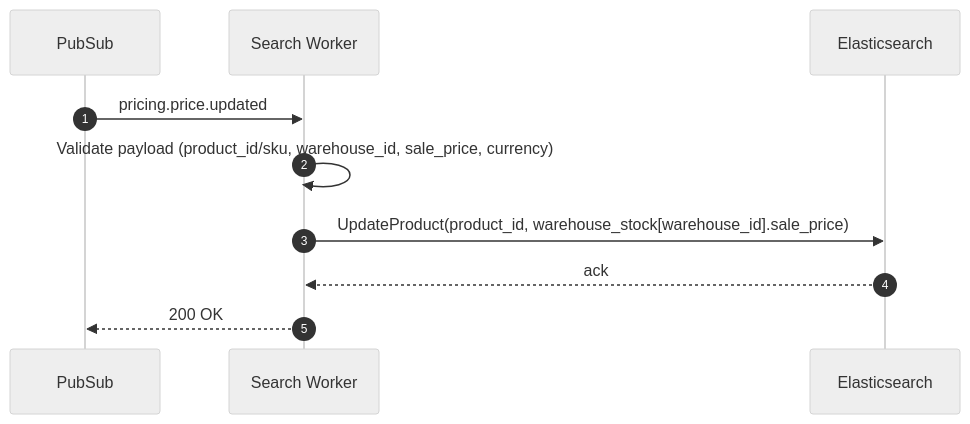
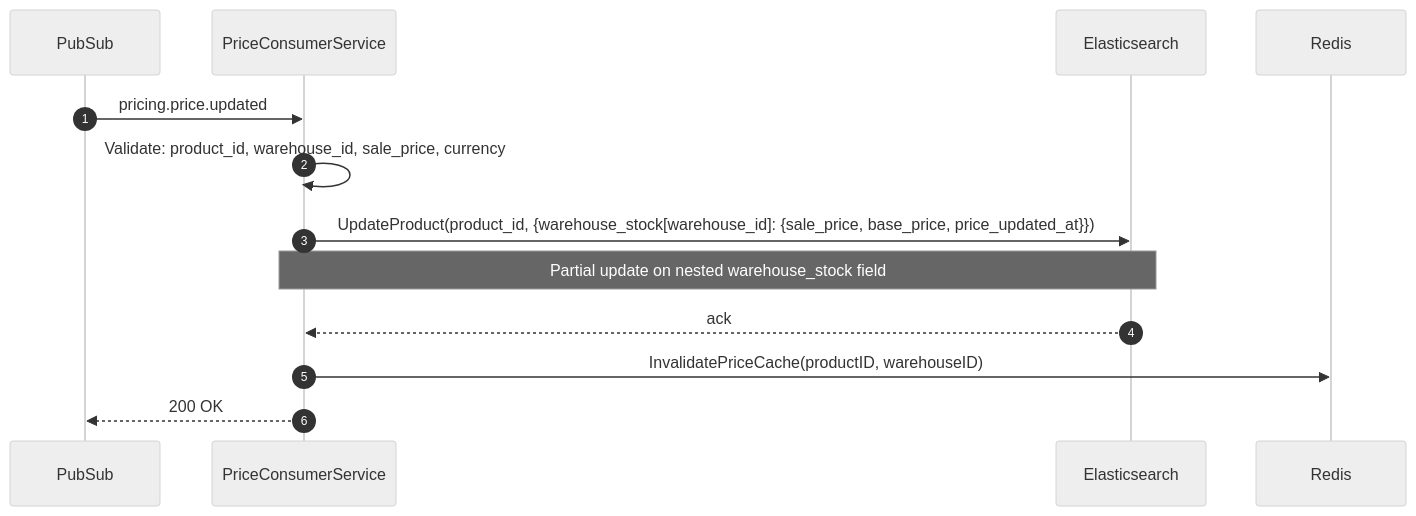
The sixth of 12 diagrams in 02-business-domains/content/search-discovery.md (vesviet/Composable-Commerce-Service-Architecture), drawn with Mermaid (neutral theme) before and after one commit. The commit also changed other lines of this file and 9 other files, not shown here.

````diff
--- a/02-business-domains/content/search-discovery.md
+++ b/02-business-domains/content/search-discovery.md
@@ -613,13 +263,16 @@
 ```mermaid
 sequenceDiagram
-  autonumber
-  participant PUB as PubSub
-  participant W as Search Worker
-  participant ES as Elasticsearch
+    autonumber
+    participant PUB as PubSub
+    participant W as PriceConsumerService
+    participant ES as Elasticsearch
+    participant R as Redis
 
-  PUB->>W: pricing.price.updated
-  W->>W: Validate payload (product_id/sku, warehouse_id, sale_price, currency)
-  W->>ES: UpdateProduct(product_id, warehouse_stock[warehouse_id].sale_price)
-  ES-->>W: ack
-  W-->>PUB: 200 OK
+    PUB->>W: pricing.price.updated
+    W->>W: Validate: product_id, warehouse_id, sale_price, currency
+    W->>ES: UpdateProduct(product_id, {warehouse_stock[warehouse_id]: {sale_price, base_price, price_updated_at}})
+    Note over W,ES: Partial update on nested warehouse_stock field
+    ES-->>W: ack
+    W->>R: InvalidatePriceCache(productID, warehouseID)
+    W-->>PUB: 200 OK
 ```
````
